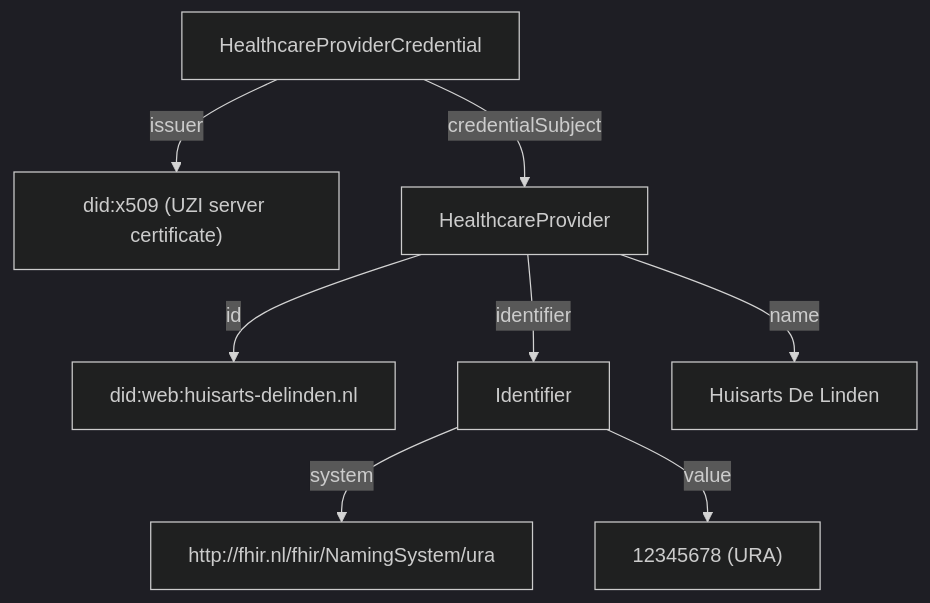
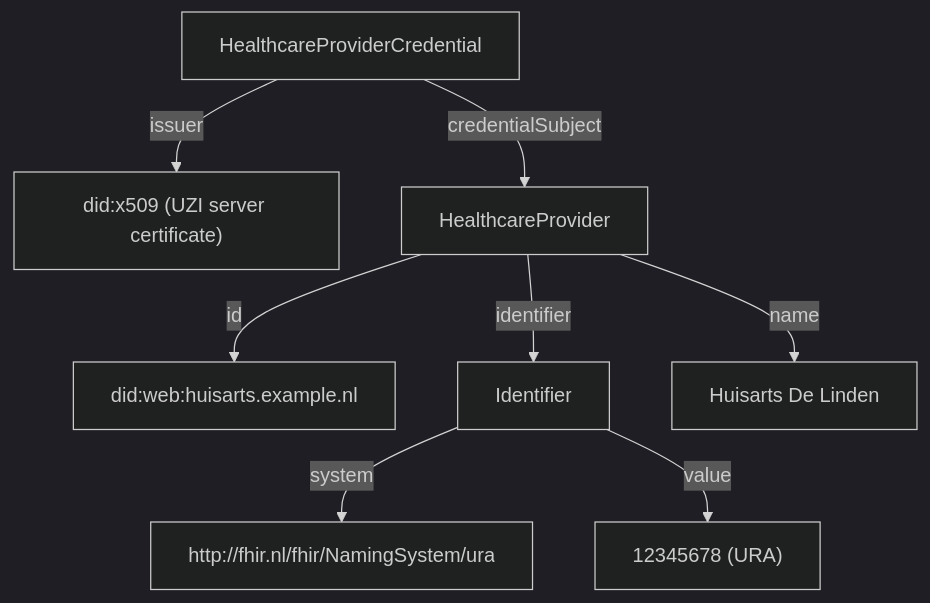
The diagram in input/pagecontent/credential-HealthcareProviderCredential.md (nuts-foundation/nl-generic-functions-ig), drawn with Mermaid (dark theme) before and after one commit. The commit also changed other lines of this file and 4 other files, not shown here.

````diff
--- a/input/pagecontent/credential-HealthcareProviderCredential.md
+++ b/input/pagecontent/credential-HealthcareProviderCredential.md
@@ -103,11 +103,11 @@
 ```mermaid
 graph TD
     VC[HealthcareProviderCredential]
     VC -->|issuer| ISSUER["did:x509 (UZI server certificate)"]
     VC -->|credentialSubject| HP["HealthcareProvider"]
-    HP -->|id| HPID["did:web:huisarts-delinden.nl"]
+    HP -->|id| HPID["did:web:huisarts.example.nl"]
     HP -->|identifier| HPIDENT["Identifier"]
     HPIDENT -->|system| HPSYS["http://fhir.nl/fhir/NamingSystem/ura"]
     HPIDENT -->|value| HPVAL["12345678 (URA)"]
     HP -->|name| HPNAME["Huisarts De Linden"]
 ```
````
